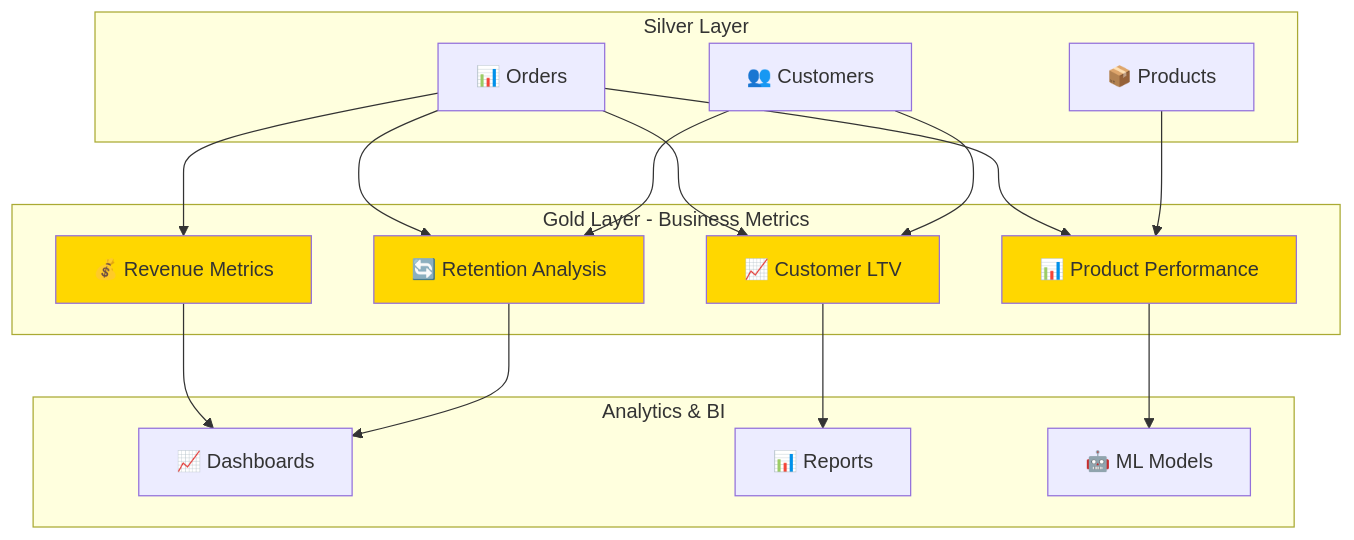
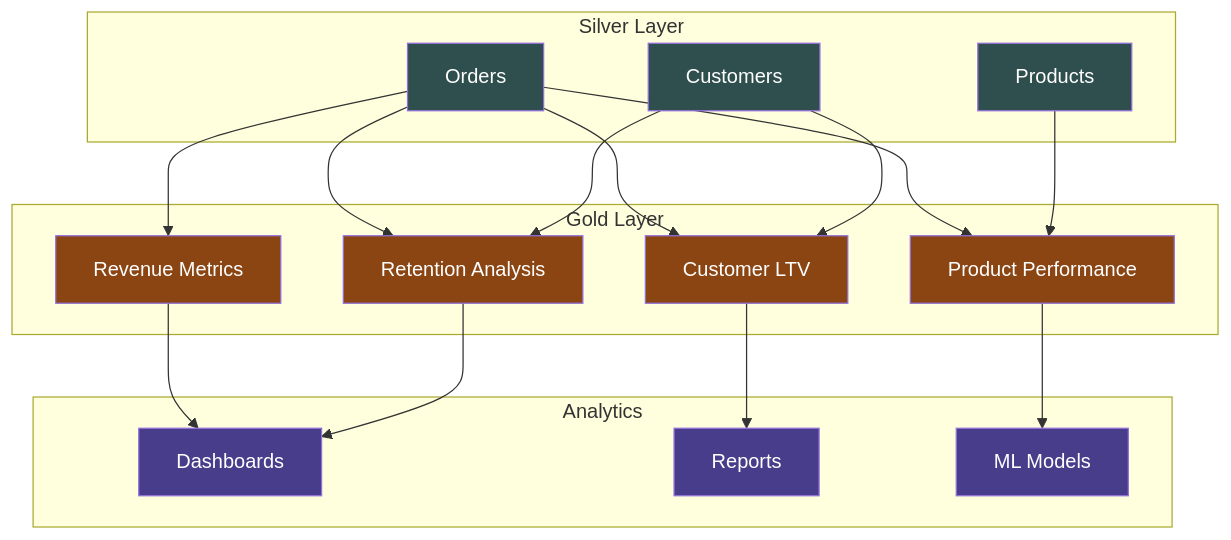
Before and after one commit to mnclogenai/clogenai_academy_data_eng_training: the sixth of 8 diagrams in week4/week4.md, drawn with Mermaid. The commit also changed other lines of this file, not shown here.

````diff
--- a/week4/week4.md
+++ b/week4/week4.md
@@ -206,39 +245,45 @@
 ```mermaid
 flowchart TB
-    subgraph "Silver Layer"
-        S1["📊 Orders"]
-        S2["👥 Customers"]
-        S3["📦 Products"]
+    subgraph SL ["Silver Layer"]
+        S1["Orders"]
+        S2["Customers"]
+        S3["Products"]
     end
     
-    subgraph "Gold Layer - Business Metrics"
-        G1["💰 Revenue Metrics"]
-        G2["🔄 Retention Analysis"]
-        G3["📈 Customer LTV"]
-        G4["📊 Product Performance"]
+    subgraph GL ["Gold Layer"]
+        G1["Revenue Metrics"]
+        G2["Retention Analysis"]
+        G3["Customer LTV"]
+        G4["Product Performance"]
     end
     
-    subgraph "Analytics & BI"
-        A1["📈 Dashboards"]
-        A2["📊 Reports"]
-        A3["🤖 ML Models"]
+    subgraph AL ["Analytics"]
+        A1["Dashboards"]
+        A2["Reports"]
+        A3["ML Models"]
     end
     
     S1 --> G1
     S1 --> G2
     S2 --> G2
     S1 --> G3
     S2 --> G3
     S1 --> G4
     S3 --> G4
     
     G1 --> A1
     G2 --> A1
     G3 --> A2
     G4 --> A3
     
-    style G1 fill:#ffd700
-    style G2 fill:#ffd700
-    style G3 fill:#ffd700
-    style G4 fill:#ffd700
+    style S1 fill:#2F4F4F,color:#fff
+    style S2 fill:#2F4F4F,color:#fff
+    style S3 fill:#2F4F4F,color:#fff
+    style G1 fill:#8B4513,color:#fff
+    style G2 fill:#8B4513,color:#fff
+    style G3 fill:#8B4513,color:#fff
+    style G4 fill:#8B4513,color:#fff
+    style A1 fill:#483D8B,color:#fff
+    style A2 fill:#483D8B,color:#fff
+    style A3 fill:#483D8B,color:#fff
 ```
````
